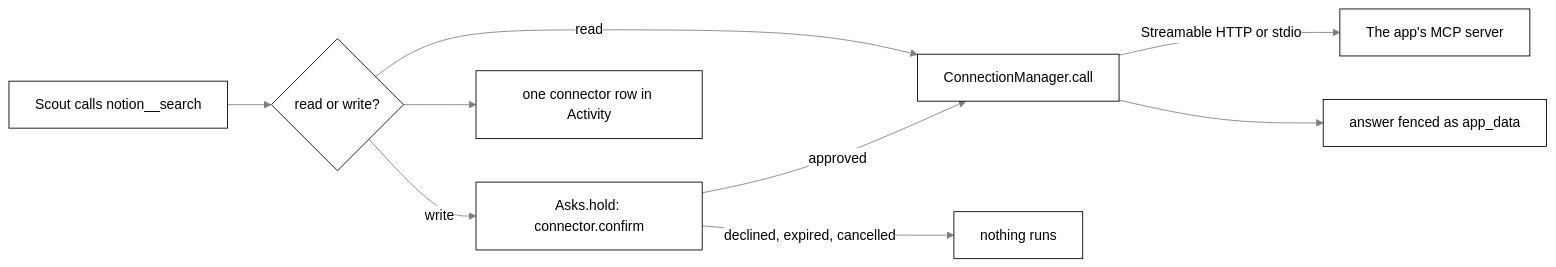
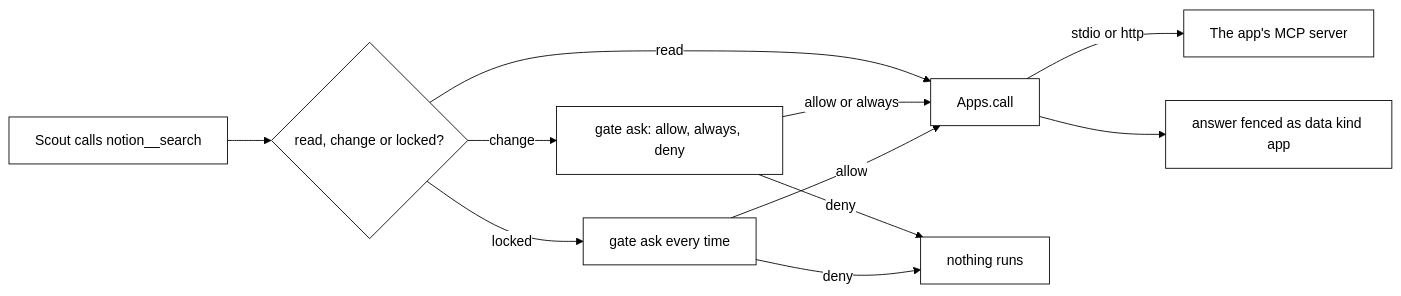
Before and after one commit to nadeem4/tagalong: the diagram in docs/connected-apps.md, drawn with Mermaid. The commit also changed other lines of this file and 18 other files, not shown here.

First line of the commit message:
feat(brain): connected apps via mcp in the brain (9a) (#185)

````diff
--- a/docs/connected-apps.md
+++ b/docs/connected-apps.md
@@ -31,12 +28,14 @@
 ```mermaid
-%%{init: {"theme": "base", "themeVariables": {"primaryColor": "#ffffff", "primaryTextColor": "#000000", "primaryBorderColor": "#000000", "lineColor": "#808080", "secondaryColor": "#f2f2f2", "tertiaryColor": "#ffffff", "clusterBkg": "#f7f7f7", "clusterBorder": "#808080", "edgeLabelBackground": "#ffffff", "titleColor": "#808080", "fontFamily": "Segoe UI, Helvetica, Arial, sans-serif"}}}%%
+%%{init: {'theme':'base','themeVariables':{'primaryColor':'#ffffff','primaryTextColor':'#000000','primaryBorderColor':'#000000','lineColor':'#000000'}}}%%
 flowchart LR
-  S["Scout calls notion__search"] --> T{"read or write?"}
-  T -- "read" --> M["ConnectionManager.call"]
-  T -- "write" --> A["Asks.hold: connector.confirm"]
-  A -- "approved" --> M
-  A -- "declined, expired, cancelled" --> N["nothing runs"]
-  M -- "Streamable HTTP or stdio" --> P["The app's MCP server"]
-  M --> F["answer fenced as app_data"]
-  T --> L["one connector row in Activity"]
+  S["Scout calls notion__search"] --> T{"read, change or locked?"}
+  T -- "read" --> M["Apps.call"]
+  T -- "change" --> A["gate ask: allow, always, deny"]
+  T -- "locked" --> L["gate ask every time"]
+  A -- "allow or always" --> M
+  L -- "allow" --> M
+  A -- "deny" --> N["nothing runs"]
+  L -- "deny" --> N
+  M -- "stdio or http" --> P["The app's MCP server"]
+  M --> F["answer fenced as data kind app"]
 ```
````
